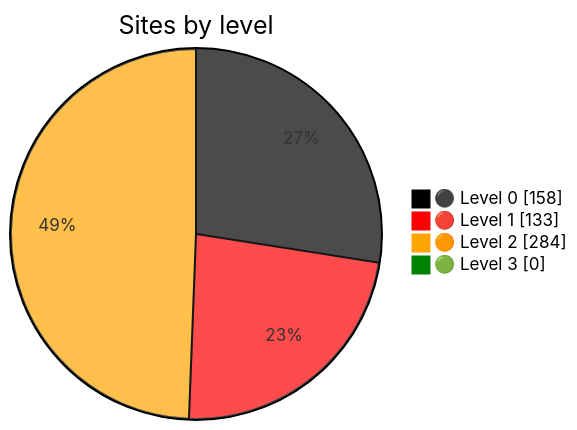
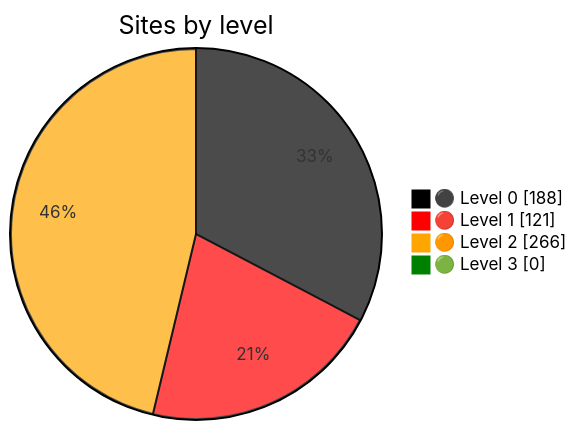
One commit to nuuuwan/gov_lk_web_auditor changed the diagram in README.md. Above: the diagram before and after it, drawn with Mermaid. The commit also changed other lines of this file and 2643 other files, not shown here.

````diff
--- a/README.md
+++ b/README.md
@@ -24,9 +24,9 @@
 ```mermaid
 %%{init: {"themeVariables":{"pie1":"black","pie2":"red","pie3":"orange","pie4":"green"}}}%%
 pie showData
     title Sites by level
-    "⚫ Level 0" : 158
-    "🔴 Level 1" : 133
-    "🟠 Level 2" : 284
+    "⚫ Level 0" : 188
+    "🔴 Level 1" : 121
+    "🟠 Level 2" : 266
     "🟢 Level 3" : 0
 ```
````
